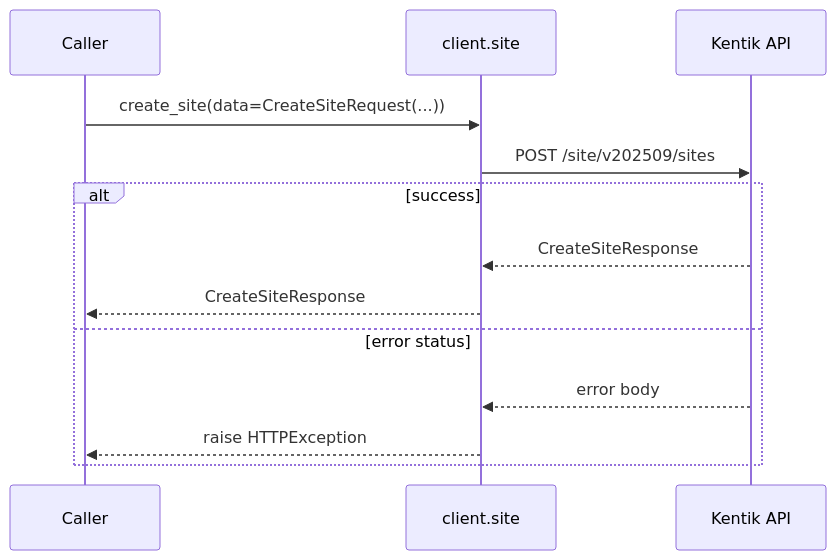
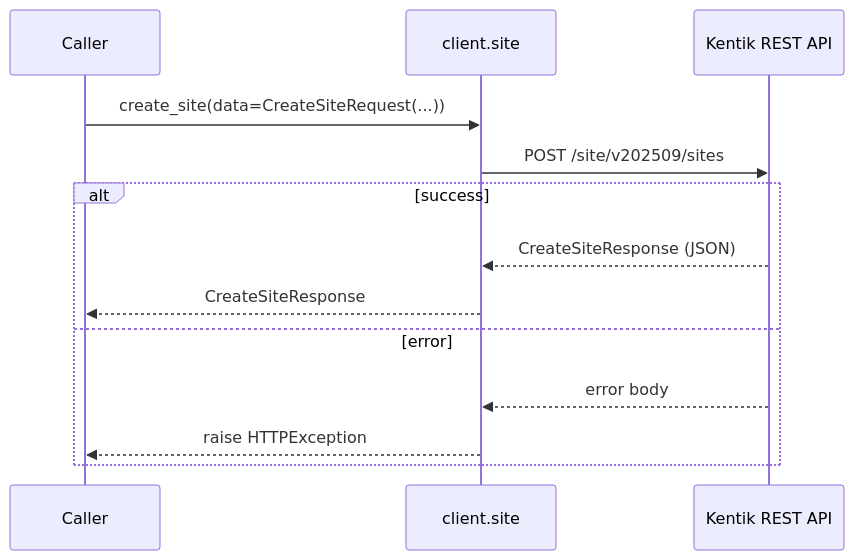
One commit to alexdearaujo/community_sdk_python changed diagram 14 of 22 in docs/sphinx/services/site.md. Above: the diagram before and after it, drawn with Mermaid. The commit also changed other lines of this file and 61 other files, not shown here.

````diff
--- a/docs/sphinx/services/site.md
+++ b/docs/sphinx/services/site.md
@@ -319,16 +471,16 @@
 ```mermaid
 sequenceDiagram
     participant C as Caller
     participant W as client.site
-    participant API as Kentik API
+    participant API as Kentik REST API
 
     C->>W: create_site(data=CreateSiteRequest(...))
     W->>API: POST /site/v202509/sites
     alt success
-        API-->>W: CreateSiteResponse
+        API-->>W: CreateSiteResponse (JSON)
         W-->>C: CreateSiteResponse
-    else error status
+    else error
         API-->>W: error body
         W-->>C: raise HTTPException
     end
 ```
````
